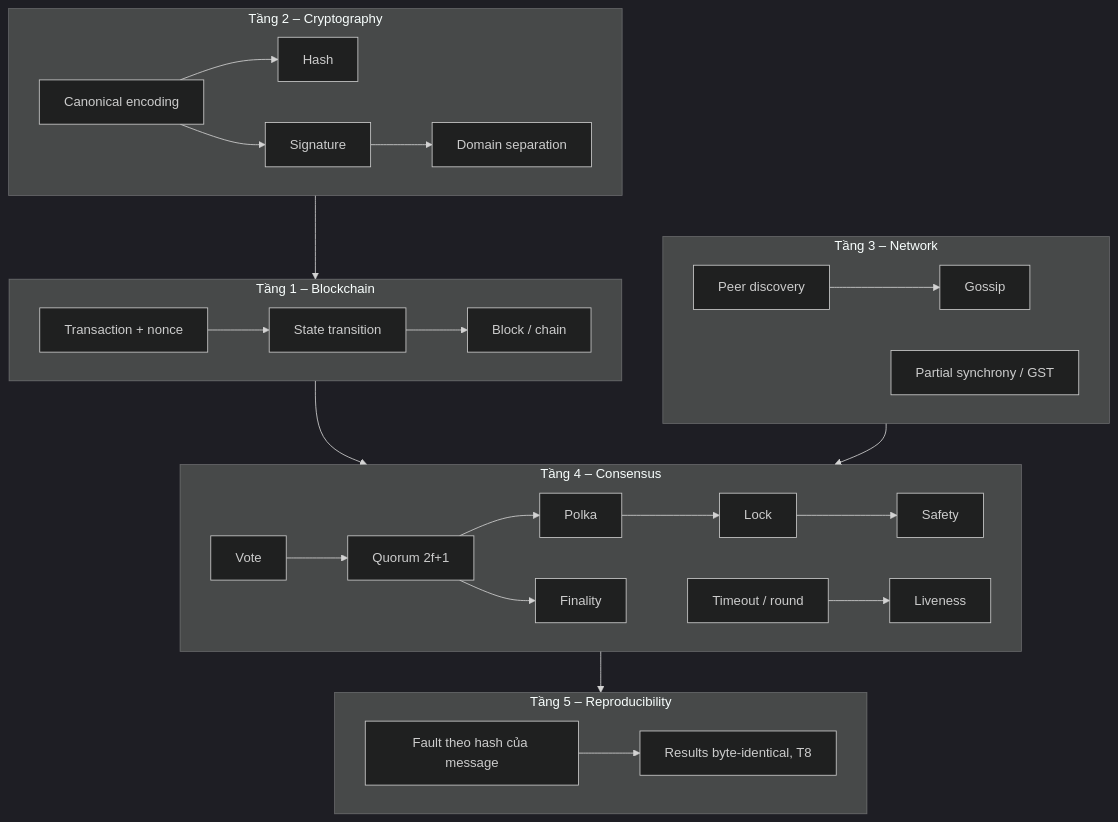
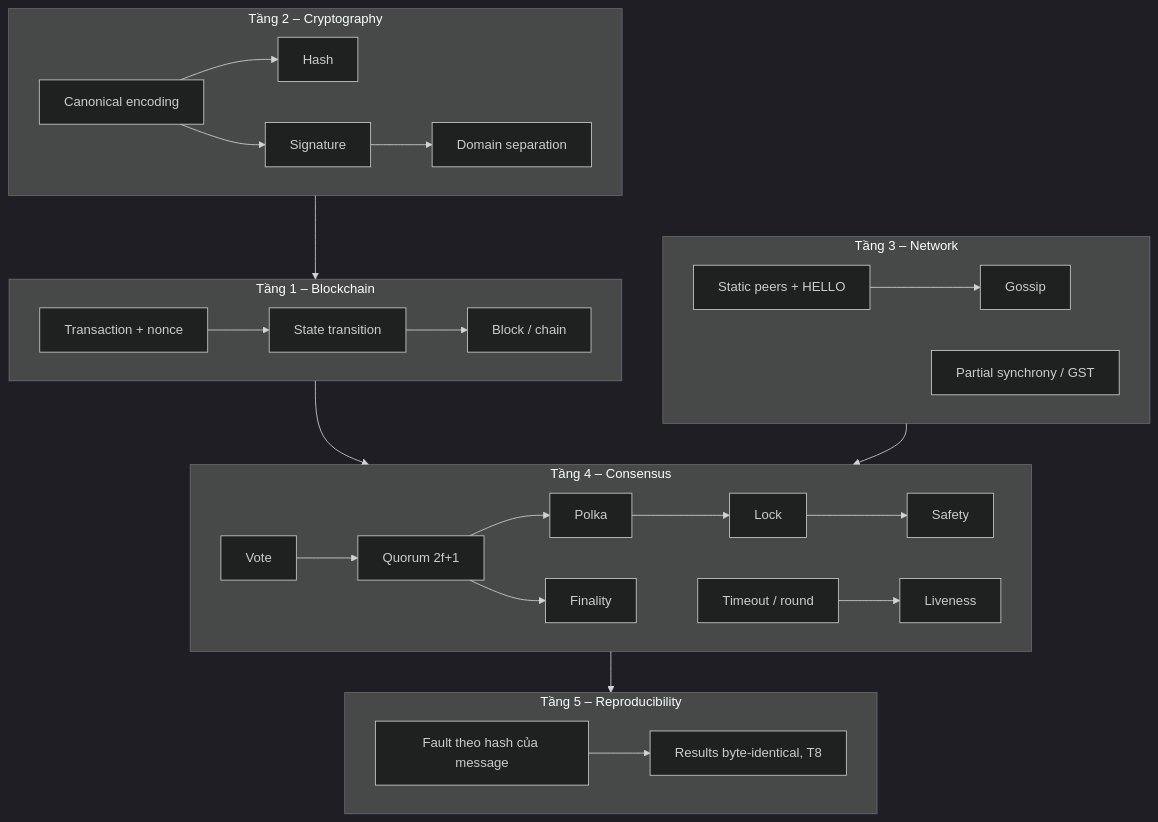
Diagram 41 of 41 in docs/CONCEPT_GUIDE.md (NgocHieu162/blockchain-lab01), drawn with Mermaid (dark theme) before and after one commit. The commit also changed other lines of this file and 27 other files, not shown here.

````diff
--- a/docs/CONCEPT_GUIDE.md
+++ b/docs/CONCEPT_GUIDE.md
@@ -1238,28 +1169,28 @@
 ```mermaid
 flowchart TD
     subgraph L2["Tầng 2 – Cryptography"]
         ENC["Canonical encoding"] --> HASH["Hash"]
         ENC --> SIG["Signature"]
         SIG --> DOM["Domain separation"]
     end
     subgraph L1["Tầng 1 – Blockchain"]
         TX["Transaction + nonce"] --> STATE["State transition"] --> BLOCK["Block / chain"]
     end
     subgraph L3["Tầng 3 – Network"]
-        DISC["Peer discovery"] --> GOS["Gossip"]
+        PEERS["Static peers + HELLO"] --> GOS["Gossip"]
         GST["Partial synchrony / GST"]
     end
     subgraph L4["Tầng 4 – Consensus"]
         VOTE["Vote"] --> QUO["Quorum 2f+1"]
         QUO --> POLKA["Polka"] --> LOCK["Lock"] --> SAFE["Safety"]
         QUO --> FIN["Finality"]
         TIMEOUT["Timeout / round"] --> LIVE["Liveness"]
     end
     subgraph L5["Tầng 5 – Reproducibility"]
         FH["Fault theo hash của message"] --> RES["Results byte-identical, T8"]
     end
     L2 --> L1
     L1 --> L4
     L3 --> L4
     L4 --> L5
 ```
````
